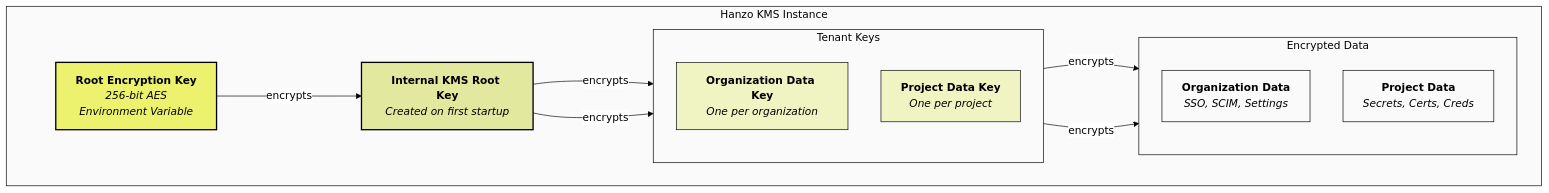
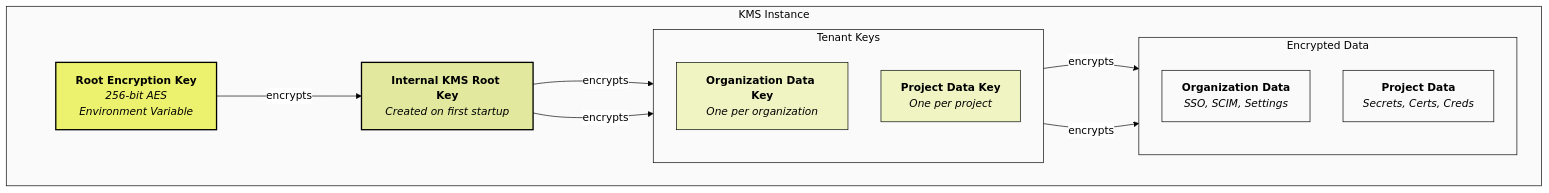
One commit to hanzoai/kms changed the diagram in docs/internals/security.mdx. Above: the diagram before and after it, drawn with Mermaid. The commit also changed other lines of this file and 855 other files, not shown here.

````diff
--- a/docs/internals/security.mdx
+++ b/docs/internals/security.mdx
@@ -82,63 +82,63 @@
 ```mermaid
 %%{init: {
   'theme': 'base',
   'themeVariables': {
     'primaryColor': '#ECF26D',
     'primaryTextColor': '#000000',
     'primaryBorderColor': '#000000',
     'lineColor': '#000000',
     'secondaryColor': '#F5F5F5',
     'tertiaryColor': '#FFFFFF',
     'background': '#FFFFFF',
     'mainBkg': '#FFFFFF',
     'nodeBorder': '#000000',
     'clusterBkg': '#FAFAFA',
     'clusterBorder': '#000000',
     'titleColor': '#000000',
     'edgeLabelBackground': '#FFFFFF'
   }
 }}%%
 
 flowchart LR
-    subgraph INSTANCE["Hanzo KMS Instance"]
+    subgraph INSTANCE["KMS Instance"]
         direction LR
         
         subgraph LAYER1[" "]
             ROOT["<b>Root Encryption Key</b><br/><i>256-bit AES</i><br/><i>Environment Variable</i>"]
         end
         
         subgraph LAYER2[" "]
             INTERNAL["<b>Internal KMS Root Key</b><br/><i>Created on first startup</i>"]
         end
         
         subgraph LAYER3["Tenant Keys"]
             direction TB
             ORG["<b>Organization Data Key</b><br/><i>One per organization</i>"]
             PROJ["<b>Project Data Key</b><br/><i>One per project</i>"]
         end
         
         subgraph LAYER4["Encrypted Data"]
             direction TB
             ORGDATA["<b>Organization Data</b><br/><i>SSO, SCIM, Settings</i>"]
             PROJDATA["<b>Project Data</b><br/><i>Secrets, Certs, Creds</i>"]
         end
         
         ROOT -->|"encrypts"| INTERNAL
         INTERNAL -->|"encrypts"| ORG
         INTERNAL -->|"encrypts"| PROJ
         ORG -->|"encrypts"| ORGDATA
         PROJ -->|"encrypts"| PROJDATA
     end
 
     classDef rootKey fill:#ECF26D,stroke:#000000,stroke-width:2px,color:#000000
     classDef internalKey fill:#E2E89E,stroke:#000000,stroke-width:2px,color:#000000
     classDef entityKey fill:#F0F4C3,stroke:#000000,stroke-width:1px,color:#000000
     classDef data fill:#FAFAFA,stroke:#000000,stroke-width:1px,color:#000000
     classDef invisible fill:none,stroke:none
     
     class ROOT rootKey
     class INTERNAL internalKey
     class ORG,PROJ entityKey
     class ORGDATA,PROJDATA data
     class LAYER1,LAYER2 invisible
 ```
````
